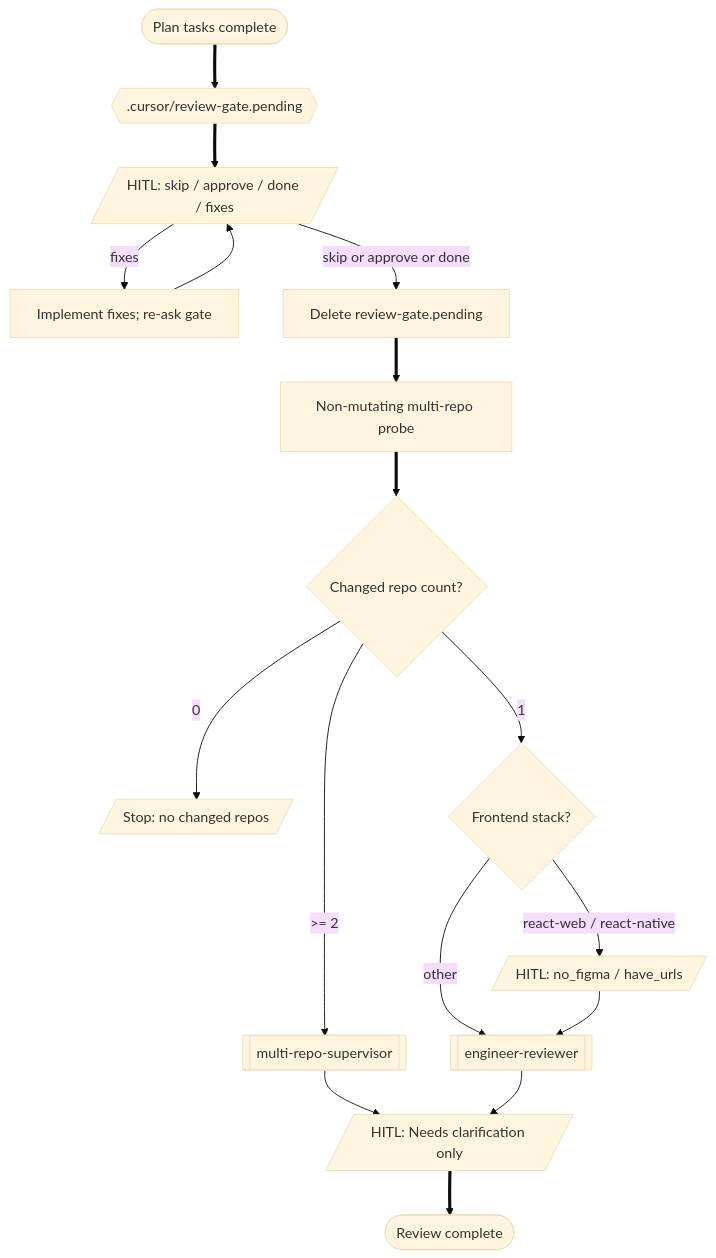
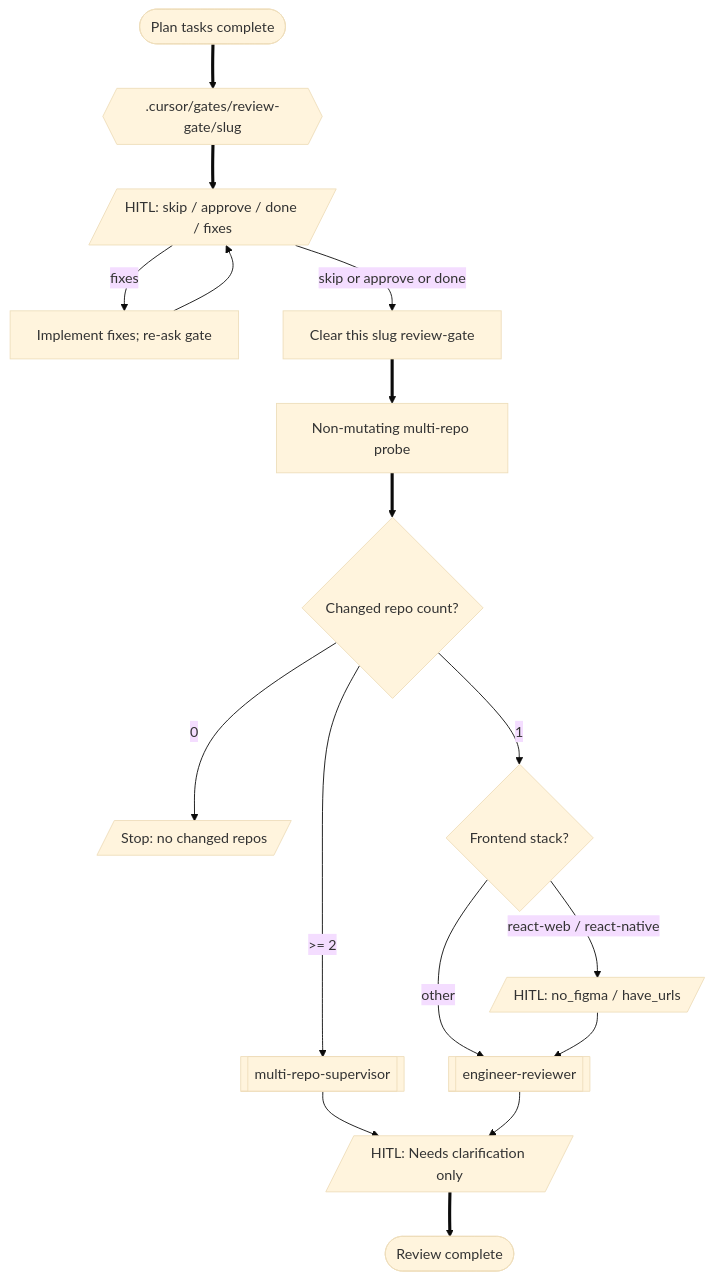
The fifth of 11 diagrams in docs/superpowers/pipeline-flow.md (a-trembak/cursor-spells), drawn with Mermaid (base theme) before and after one commit. The commit also changed other lines of this file and 3 other files, not shown here.

````diff
--- a/docs/superpowers/pipeline-flow.md
+++ b/docs/superpowers/pipeline-flow.md
@@ -199,34 +199,34 @@
 ```mermaid
 flowchart TD
   planDone(["Plan tasks complete"])
-  writeReview{{".cursor/review-gate.pending"}}
+  writeReview{{".cursor/gates/review-gate/slug"}}
   hitlFinish[/"HITL: skip / approve / done / fixes"/]
   doFixes["Implement fixes; re-ask gate"]
-  delReview["Delete review-gate.pending"]
+  delReview["Clear this slug review-gate"]
   probe["Non-mutating multi-repo probe"]
   repoCount{Changed repo count?}
   stopZero[/"Stop: no changed repos"/]
   multi[["multi-repo-supervisor"]]
   singleFrontend{Frontend stack?}
   figmaHitl[/"HITL: no_figma / have_urls"/]
   single[["engineer-reviewer"]]
   clarify[/"HITL: Needs clarification only"/]
   reviewed(["Review complete"])
 
   planDone ==> writeReview
   writeReview ==> hitlFinish
   hitlFinish -->|"fixes"| doFixes
   doFixes --> hitlFinish
   hitlFinish -->|"skip or approve or done"| delReview
   delReview ==> probe
   probe ==> repoCount
   repoCount -->|"0"| stopZero
   repoCount -->|">= 2"| multi
   repoCount -->|"1"| singleFrontend
   singleFrontend -->|"react-web / react-native"| figmaHitl
   singleFrontend -->|"other"| single
   figmaHitl --> single
   multi --> clarify
   single --> clarify
   clarify ==> reviewed
 ```
````
